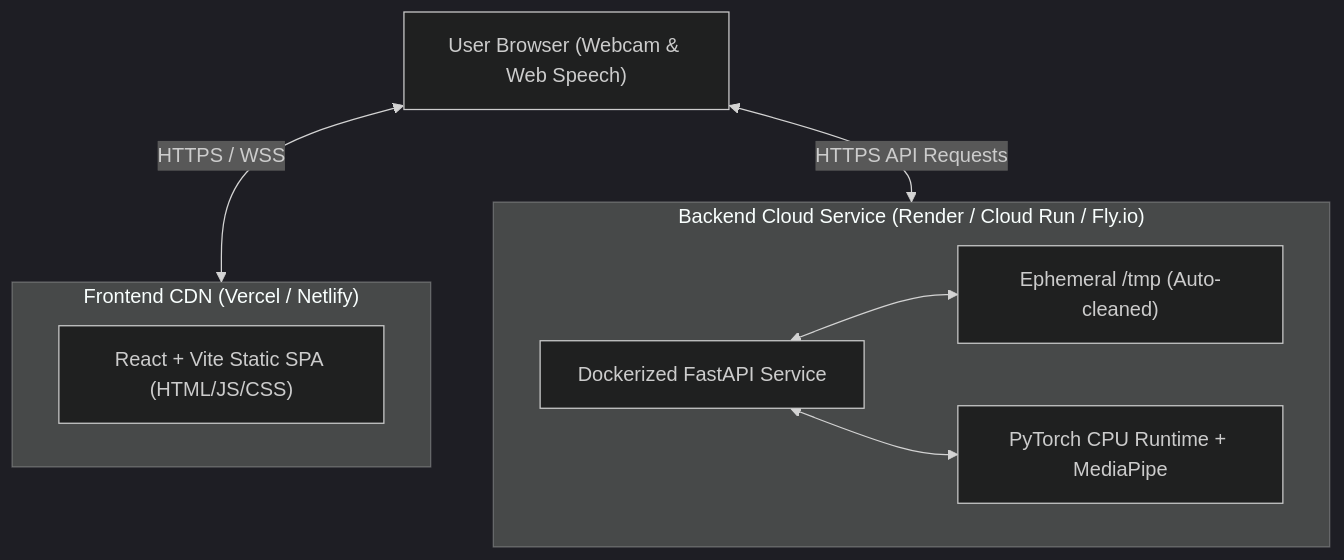
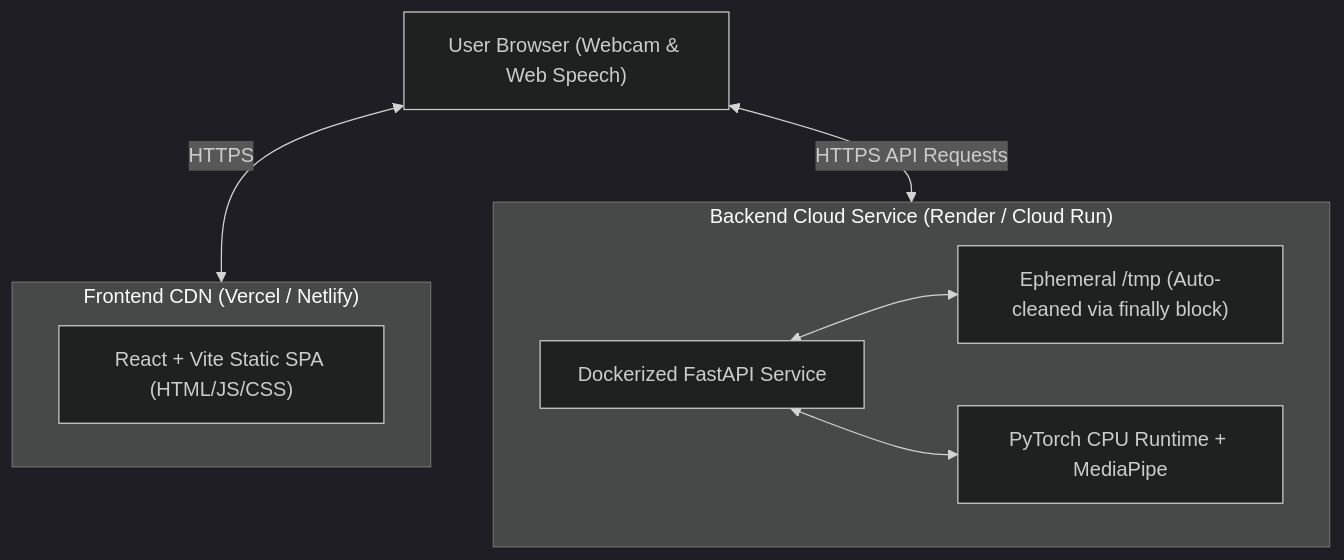
The second of 2 diagrams in docs/implementation-plan/06-integration-testing-deployment.md (sengarbhoomi22-bot/SignBridge-Ai), drawn with Mermaid (dark theme) before and after one commit. The commit also changed other lines of this file and 5 other files, not shown here.

````diff
--- a/docs/implementation-plan/06-integration-testing-deployment.md
+++ b/docs/implementation-plan/06-integration-testing-deployment.md
@@ -103,17 +122,17 @@
 ```mermaid
 flowchart TD
     subgraph CDN ["Frontend CDN (Vercel / Netlify)"]
         ReactApp["React + Vite Static SPA (HTML/JS/CSS)"]
     end
 
-    subgraph Cloud ["Backend Cloud Service (Render / Cloud Run / Fly.io)"]
+    subgraph Cloud ["Backend Cloud Service (Render / Cloud Run)"]
         FastAPIService["Dockerized FastAPI Service"]
         TorchRuntime["PyTorch CPU Runtime + MediaPipe"]
-        EphemeralStorage["Ephemeral /tmp (Auto-cleaned)"]
+        EphemeralStorage["Ephemeral /tmp (Auto-cleaned via finally block)"]
     end
 
-    UserBrowser["User Browser (Webcam & Web Speech)"] <-->|HTTPS / WSS| CDN
+    UserBrowser["User Browser (Webcam & Web Speech)"] <-->|HTTPS| CDN
     UserBrowser <-->|HTTPS API Requests| Cloud
     FastAPIService <--> EphemeralStorage
     FastAPIService <--> TorchRuntime
 ```
````
